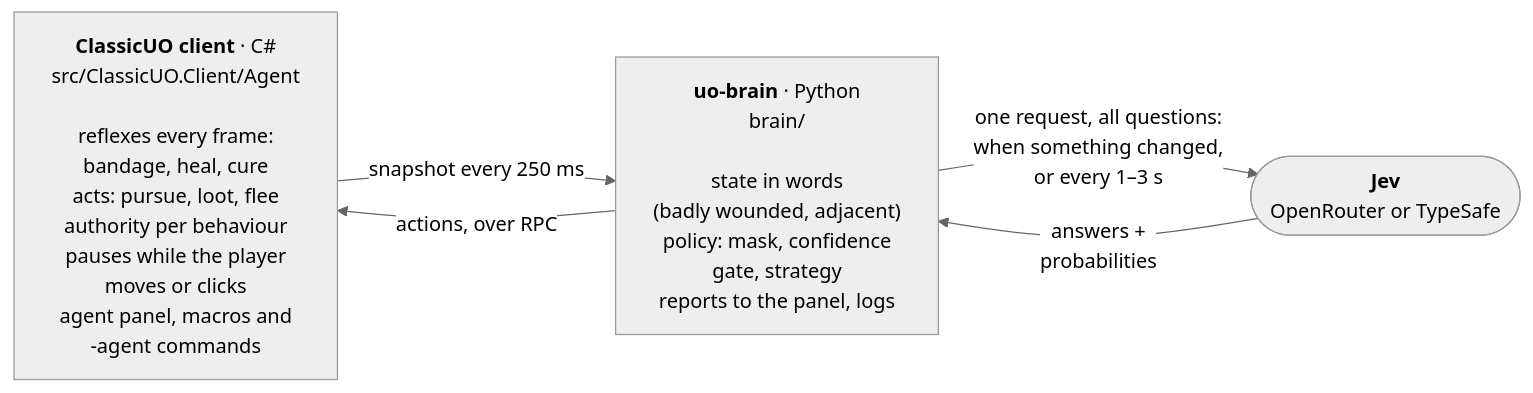
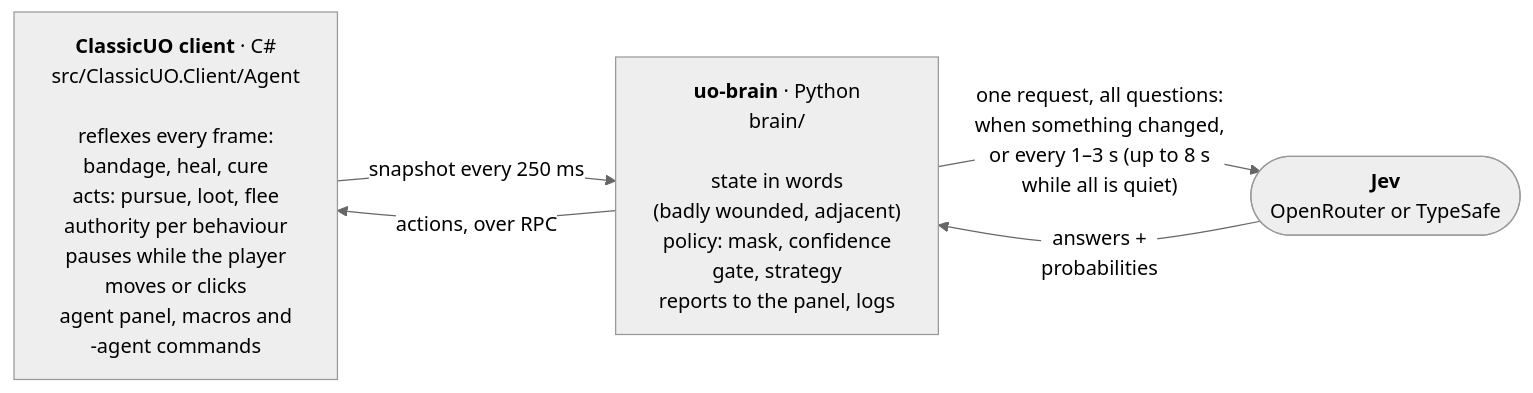
Before and after one commit to harrymunro/ClassicUO: the diagram in README.md, drawn with Mermaid (neutral theme). The commit also changed other lines of this file and 206 other files, not shown here.

````diff
--- a/README.md
+++ b/README.md
@@ -126,10 +130,10 @@
 ```mermaid
 flowchart LR
     client["<b>ClassicUO client</b> · C#<br/>src/ClassicUO.Client/Agent<br/><br/>reflexes every frame:<br/>bandage, heal, cure<br/>acts: pursue, loot, flee<br/>authority per behaviour<br/>pauses while the player<br/>moves or clicks<br/>agent panel, macros and<br/>-agent commands"]
     brain["<b>uo-brain</b> · Python<br/>brain/<br/><br/>state in words<br/>(badly wounded, adjacent)<br/>policy: mask, confidence<br/>gate, strategy<br/>reports to the panel, logs"]
     jev(["<b>Jev</b><br/>OpenRouter or TypeSafe"])
     client -- "snapshot every 250 ms" --> brain
     brain -- "actions, over RPC" --> client
-    brain -- "one request, all questions:<br/>when something changed,<br/>or every 1–3 s" --> jev
+    brain -- "one request, all questions:<br/>when something changed,<br/>or every 1–3 s (up to 8 s<br/>while all is quiet)" --> jev
     jev -- "answers +<br/>probabilities" --> brain
 ```
````
